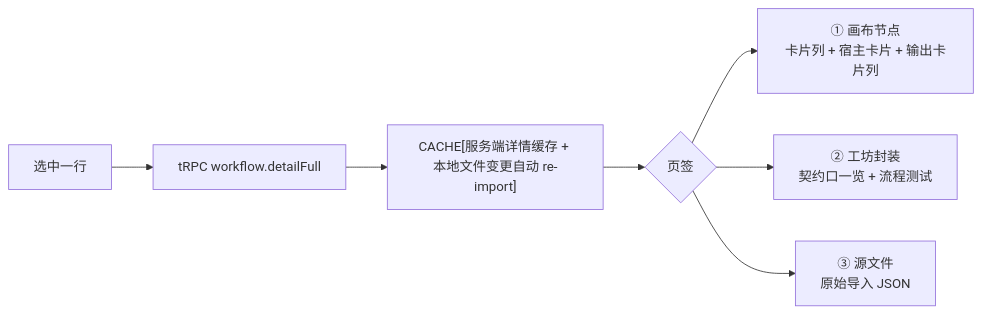
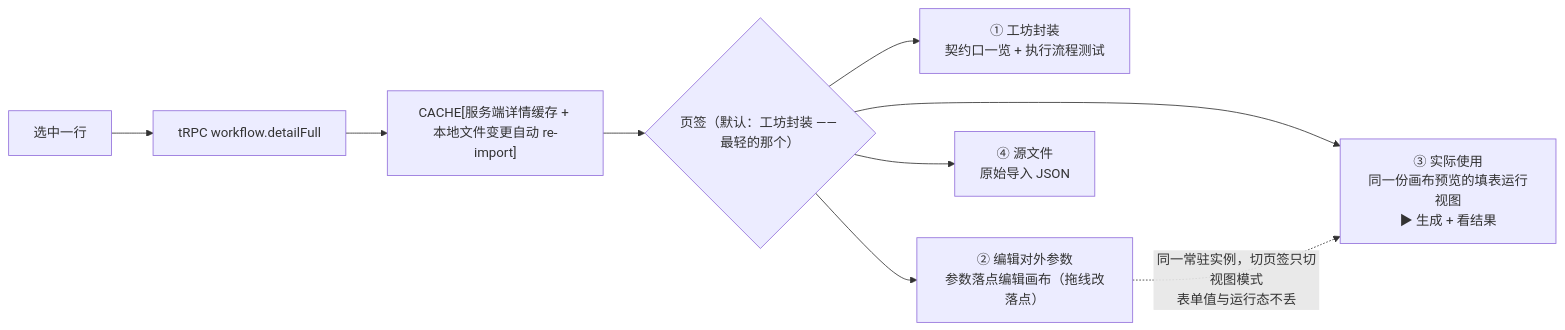
Before and after one commit to wuxianyuedu/comfy-app: the fourth of 9 diagrams in docs/guides/feature-workflow-library-flow.md, drawn with Mermaid. The commit also changed other lines of this file and 8 other files, not shown here.

First line of the commit message:
docs(workflow-library): 流程图 §5 改详情四页签现状，页签名与运行入口同步 (#2423)

````diff
--- a/docs/guides/feature-workflow-library-flow.md
+++ b/docs/guides/feature-workflow-library-flow.md
@@ -155,9 +156,11 @@
 ```mermaid
 flowchart LR
   SEL["选中一行"] --> FULL["tRPC workflow.detailFull"]
   FULL --> C1["CACHE[服务端详情缓存 + 本地文件变更自动 re-import]"]
-  C1 --> TABS{"页签"}
-  TABS --> A["① 画布节点<br/>卡片列 + 宿主卡片 + 输出卡片列"]
-  TABS --> B["② 工坊封装<br/>契约口一览 + 流程测试"]
-  TABS --> C["③ 源文件<br/>原始导入 JSON"]
+  C1 --> TABS{"页签（默认：工坊封装 —— 最轻的那个）"}
+  TABS --> A["① 工坊封装<br/>契约口一览 + 执行流程测试"]
+  TABS --> B["② 编辑对外参数<br/>参数落点编辑画布（拖线改落点）"]
+  TABS --> C["③ 实际使用<br/>同一份画布预览的填表运行视图<br/>▶ 生成 + 看结果"]
+  TABS --> D["④ 源文件<br/>原始导入 JSON"]
+  B -.->|"同一常驻实例，切页签只切视图模式<br/>表单值与运行态不丢"| C
 ```
````
